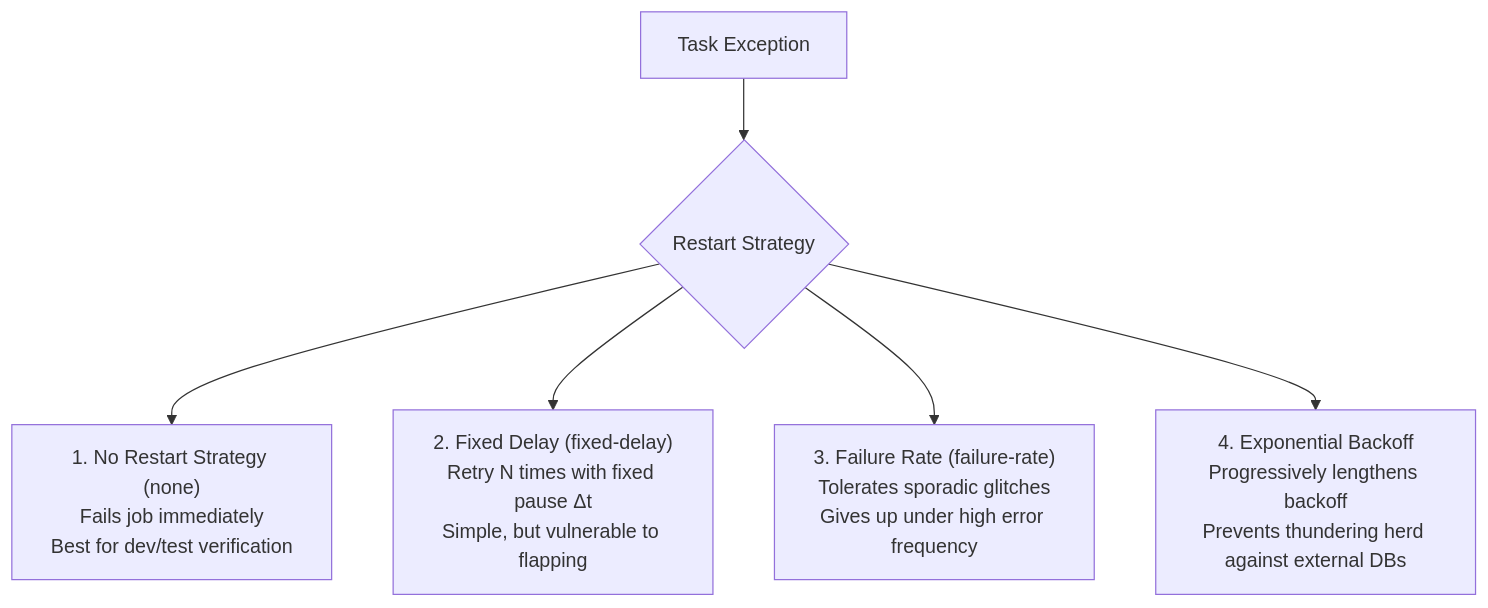
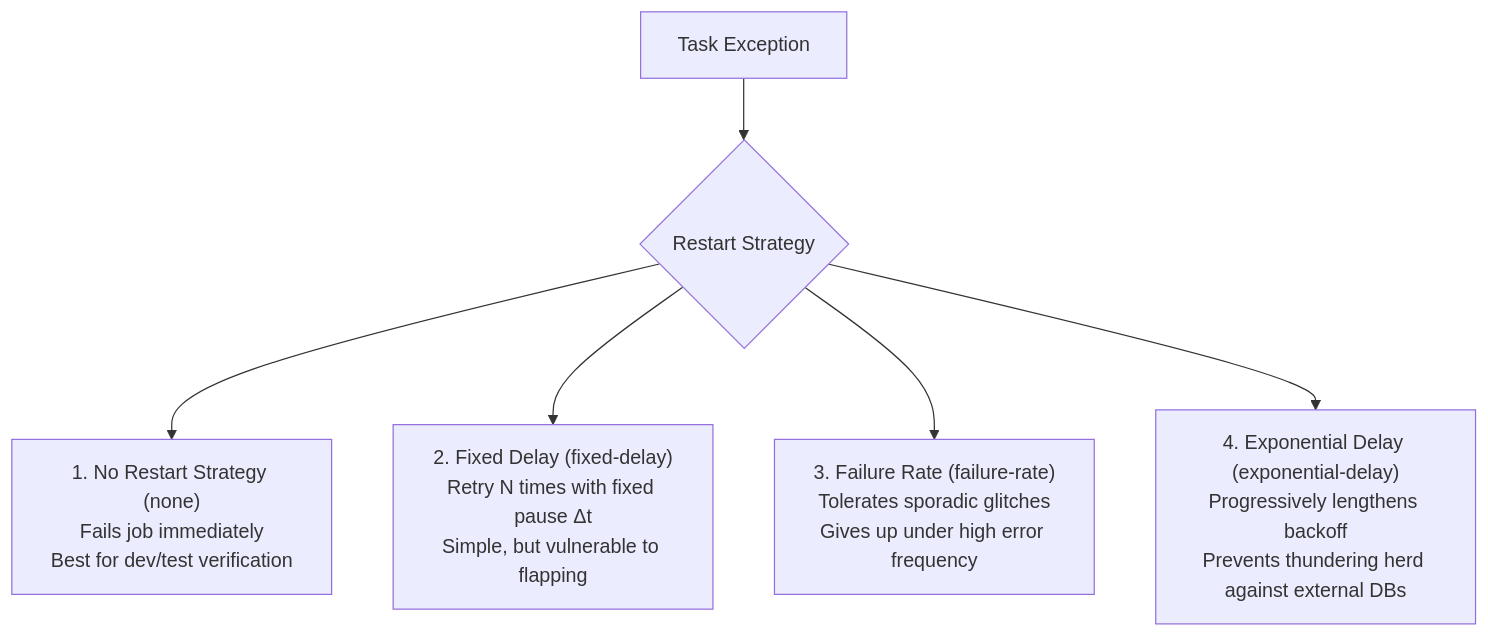
Before and after one commit to azusachino/harus-blog: the second of 4 diagrams in docs/tech/series/flink/05.fault-tolerance-and-ha.md, drawn with Mermaid. The commit also changed other lines of this file and 140 other files, not shown here.

````diff
--- a/docs/tech/series/flink/05.fault-tolerance-and-ha.md
+++ b/docs/tech/series/flink/05.fault-tolerance-and-ha.md
@@ -69,9 +70,9 @@
 ```mermaid
 flowchart TD
     E["Task Exception"] --> Strat{"Restart Strategy"}
     
     Strat --> None["1. No Restart Strategy (none)\nFails job immediately\nBest for dev/test verification"]
     Strat --> Fixed["2. Fixed Delay (fixed-delay)\nRetry N times with fixed pause Δt\nSimple, but vulnerable to flapping"]
     Strat --> Rate["3. Failure Rate (failure-rate)\nTolerates sporadic glitches\nGives up under high error frequency"]
-    Strat --> Exp["4. Exponential Backoff\nProgressively lengthens backoff\nPrevents thundering herd against external DBs"]
+    Strat --> Exp["4. Exponential Delay (exponential-delay)\nProgressively lengthens backoff\nPrevents thundering herd against external DBs"]
 ```
````
